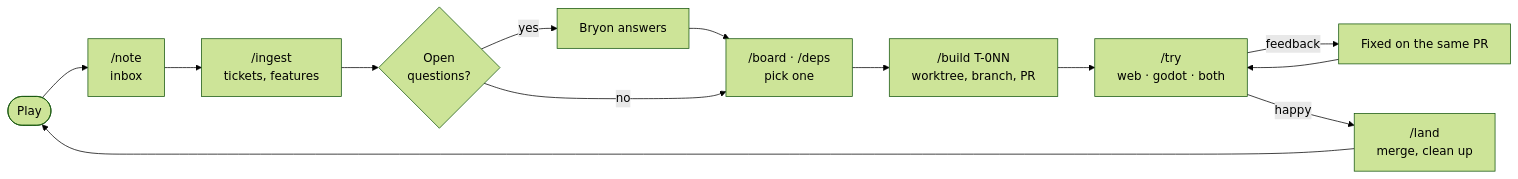
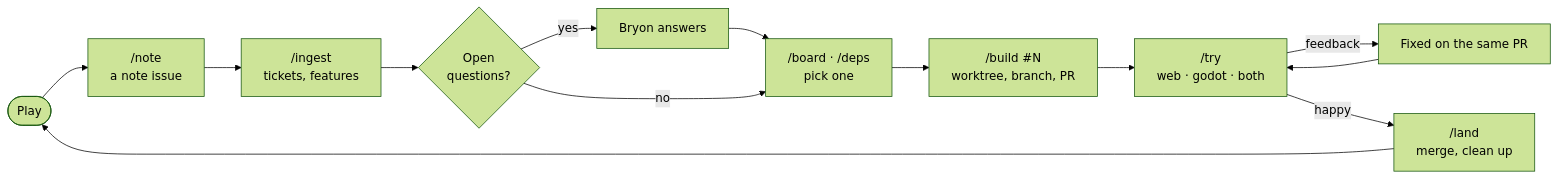
Before and after one commit to bdizzz/downtown-mars: the diagram in docs/WORKFLOW.md, drawn with Mermaid (forest theme). The commit also changed other lines of this file and 8 other files, not shown here.

````diff
--- a/docs/WORKFLOW.md
+++ b/docs/WORKFLOW.md
@@ -9,13 +9,13 @@
 ```mermaid
 flowchart LR
-  play([Play]) --> note["/note<br/>inbox"]
+  play([Play]) --> note["/note<br/>a note issue"]
   note --> ingest["/ingest<br/>tickets, features"]
   ingest --> answer{Open<br/>questions?}
   answer -- yes --> reply[Bryon answers] --> pick
   answer -- no --> pick["/board · /deps<br/>pick one"]
-  pick --> build["/build T-0NN<br/>worktree, branch, PR"]
+  pick --> build["/build #N<br/>worktree, branch, PR"]
   build --> try["/try<br/>web · godot · both"]
   try -- feedback --> fix[Fixed on the same PR] --> try
   try -- happy --> land["/land<br/>merge, clean up"]
   land --> play
 ```
````
